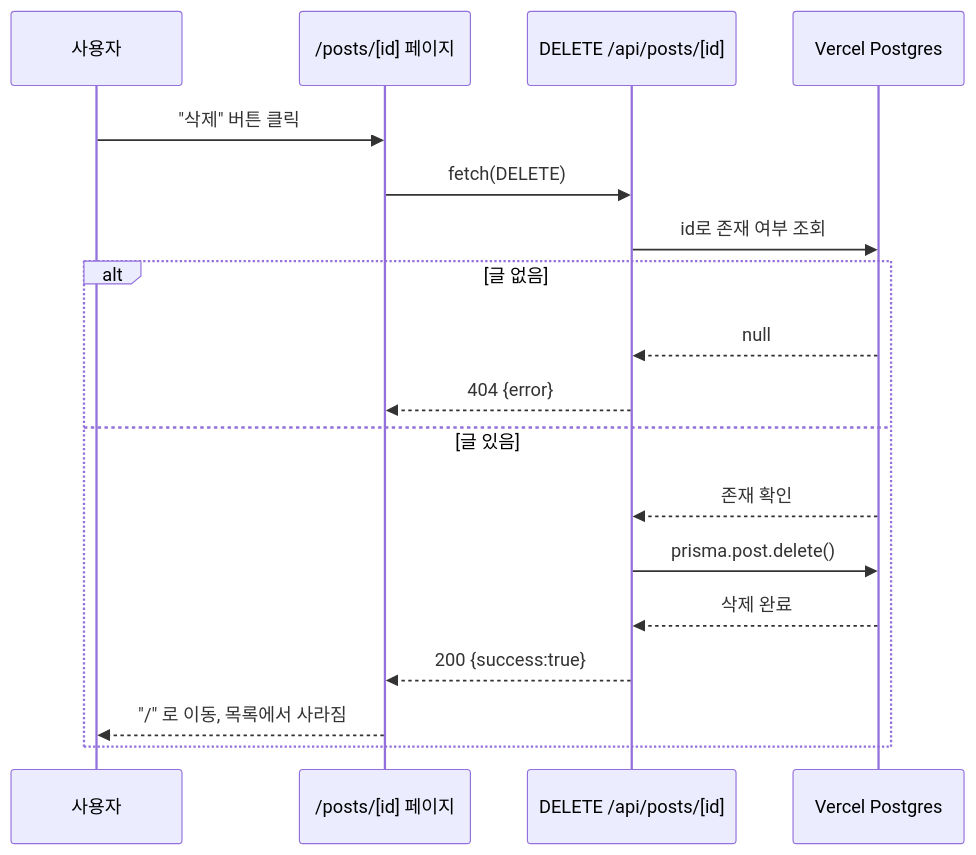
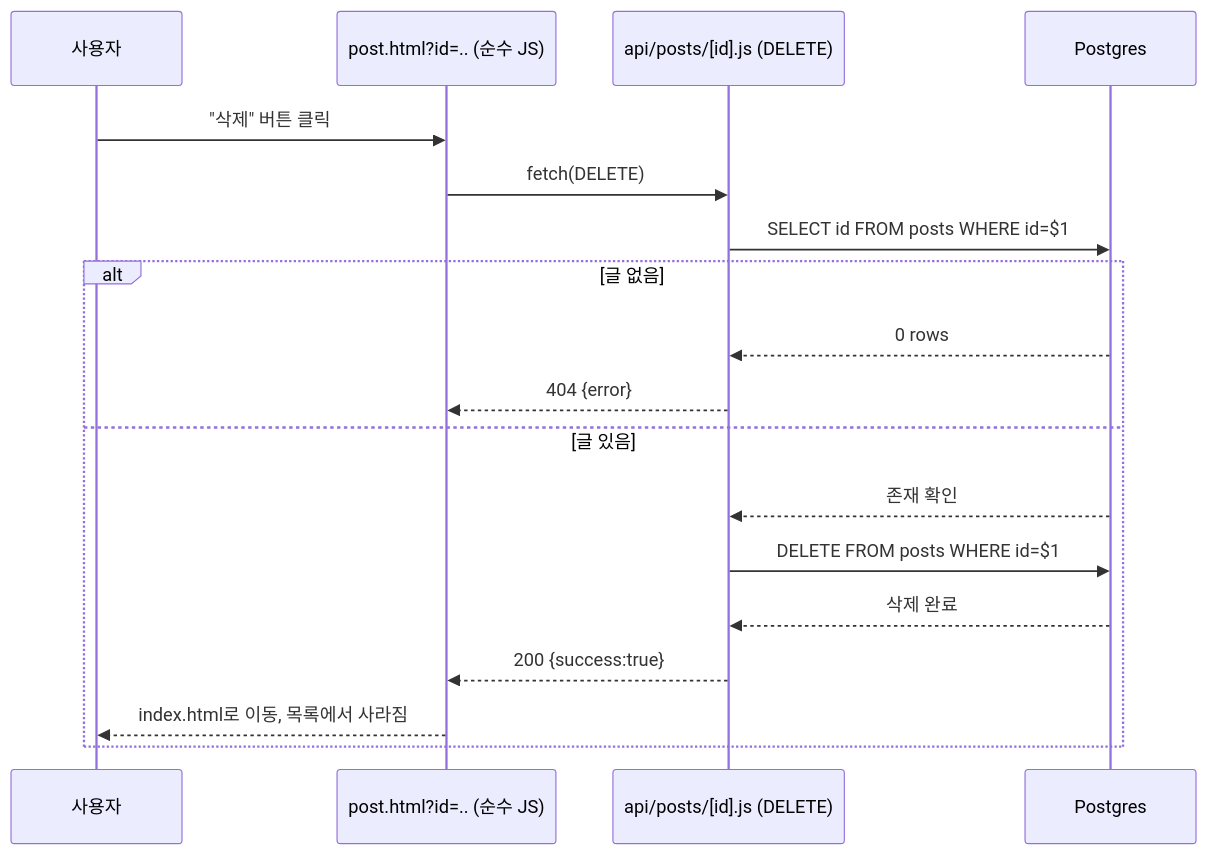
One commit to ghl0801/crud-board changed the third of 4 diagrams in docs/superpowers/specs/2026-07-28-crud-board-design.md. Above: the diagram before and after it, drawn with Mermaid. The commit also changed other lines of this file and 19 other files, not shown here.

Commit message:
chore: discard Next.js scaffold, pivot to plain HTML/CSS/JS + Vercel Functions

````diff
--- a/docs/superpowers/specs/2026-07-28-crud-board-design.md
+++ b/docs/superpowers/specs/2026-07-28-crud-board-design.md
@@ -65,21 +67,21 @@
 ```mermaid
 sequenceDiagram
     participant U as 사용자
-    participant D as /posts/[id] 페이지
-    participant API as DELETE /api/posts/[id]
-    participant DB as Vercel Postgres
+    participant D as post.html?id=.. (순수 JS)
+    participant API as api/posts/[id].js (DELETE)
+    participant DB as Postgres
 
     U->>D: "삭제" 버튼 클릭
     D->>API: fetch(DELETE)
-    API->>DB: id로 존재 여부 조회
+    API->>DB: SELECT id FROM posts WHERE id=$1
     alt 글 없음
-        DB-->>API: null
+        DB-->>API: 0 rows
         API-->>D: 404 {error}
     else 글 있음
         DB-->>API: 존재 확인
-        API->>DB: prisma.post.delete()
+        API->>DB: DELETE FROM posts WHERE id=$1
         DB-->>API: 삭제 완료
         API-->>D: 200 {success:true}
-        D-->>U: "/" 로 이동, 목록에서 사라짐
+        D-->>U: index.html로 이동, 목록에서 사라짐
     end
 ```
````
